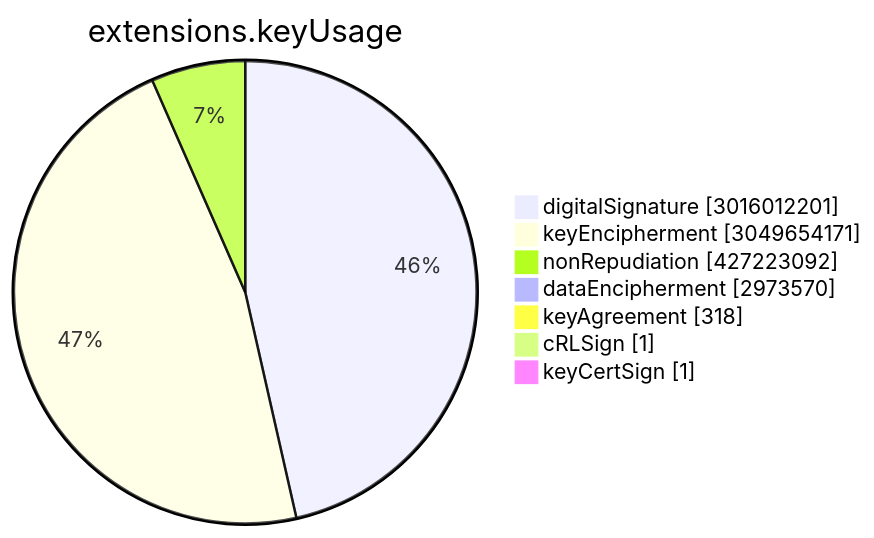
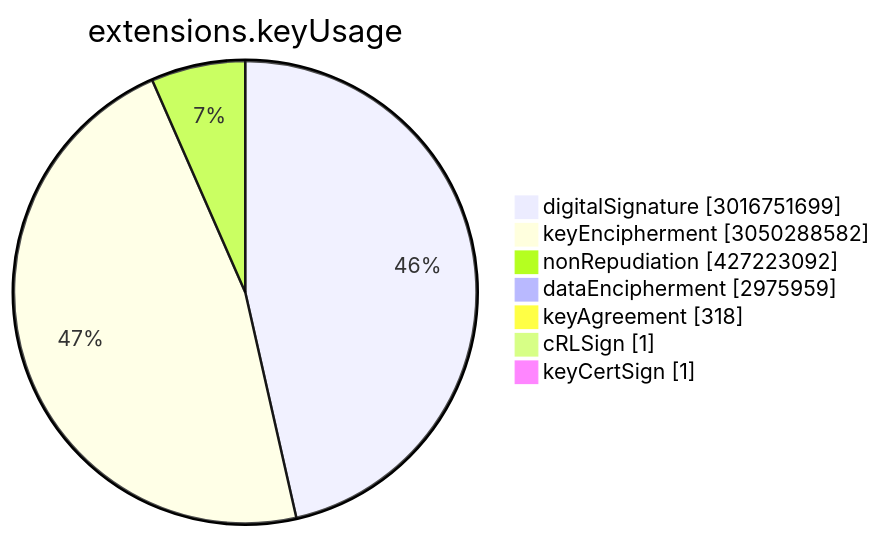
The sixth of 15 diagrams in TOTAL/README.md (christiankrug/ctmonitor_visualization), drawn with Mermaid before and after one commit. The commit also changed other lines of this file, not shown here.

````diff
--- a/TOTAL/README.md
+++ b/TOTAL/README.md
@@ -3075,11 +3075,11 @@
 ```mermaid
 pie showData
 title extensions.keyUsage
-"digitalSignature" :3016012201
-"keyEncipherment" :3049654171
+"digitalSignature" :3016751699
+"keyEncipherment" :3050288582
 "nonRepudiation" :427223092
-"dataEncipherment" :2973570
+"dataEncipherment" :2975959
 "keyAgreement" :318
 "cRLSign" :1
 "keyCertSign" :1
 ```
````
